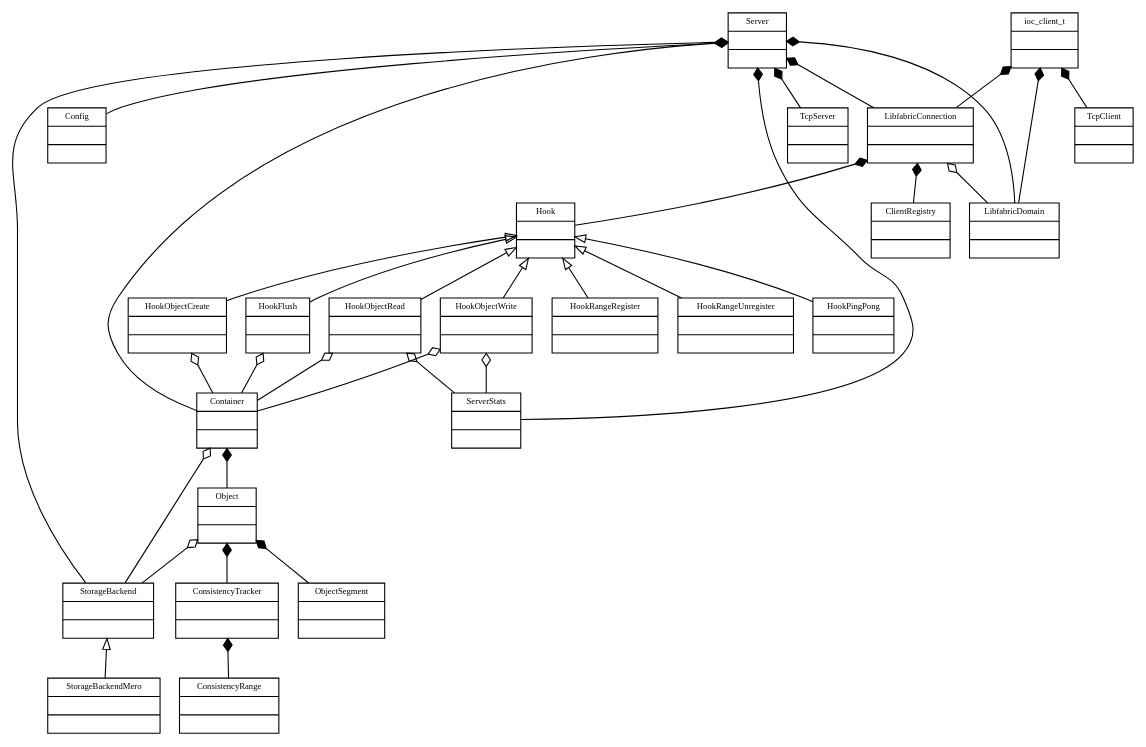
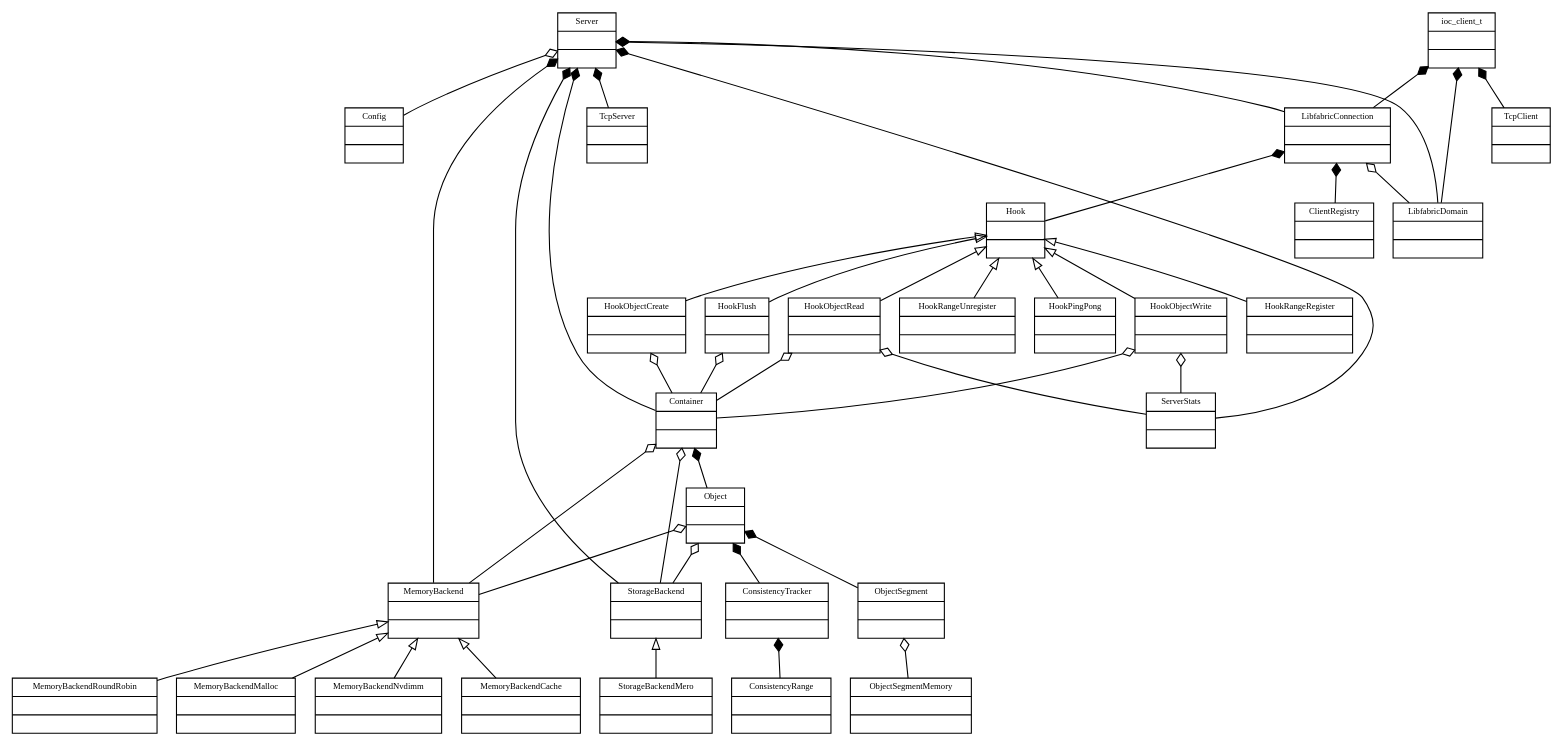
The diagram in doc/images/uml.dot (FR-GRE-BDS-HPC-SW-SAGE2-GMA/iocatcher), drawn with Graphviz before and after one commit.

Commit message:
[nvdimm] Update UML diagram

```diff
--- a/doc/images/uml.dot
+++ b/doc/images/uml.dot
@@ -1,153 +1,185 @@
 digraph IOCATCHER
 {
 	//Some fonts
 	fontname = "Bitstream Vera Sans"
 	fontsize = 8
 	
 	//configure node
 	node [
 		fontname = "Bitstream Vera Sans"
 		fontsize = 8
 		shape = "record"
 	]
 	
 	//configure edge
 	edge [
 		arrowtail = "empty"
 		dir=back
 	]
 	
 	//classes
 	Server [
 		label = "{Server|\l|\l}"
 	]
 
 	Container [
 		label = "{Container|\l|\l}"
 	]
 
 	Object [
 		label = "{Object|\l|\l}"
 	]
 
 	StorageBackend [
 		label = "{StorageBackend|\l|\l}"
 	]
 
 	StorageBackendMero [
 		label = "{StorageBackendMero|\l|\l}"
 	]
 
 	ConsistencyTracker [
 		label = "{ConsistencyTracker|\l|\l}"
 	]
 
 	Hook [
 		label = "{Hook|\l|\l}"
 	]
 
 	LibfabricConnection [
 		label = "{LibfabricConnection|\l|\l}"
 	]
 
 	LibfabricDomain [
 		label = "{LibfabricDomain|\l|\l}"
 	]
 
 	TcpServer [
 		label = "{TcpServer|\l|\l}"
 	]
 
 	TcpClient [
 		label = "{TcpClient|\l|\l}"
 	]
 
 	ioc_client_t [
 		label = "{ioc_client_t|\l|\l}"
 	]
 
 	ConsistencyRange [
 		label = "{ConsistencyRange|\l|\l}"
 	]
 
 	ObjectSegment [
 		label = "{ObjectSegment|\l|\l}"
 	]
 
 	Config [
 		label = "{Config|\l|\l}"
 	]
 
 	ClientRegistry [
 		label = "{ClientRegistry|\l|\l}"
 	]
 
 	HookObjectWrite [
 		label = "{HookObjectWrite|\l|\l}"
 	]
 
 	HookObjectRead [
 		label = "{HookObjectRead|\l|\l}"
 	]
 
 	HookObjectCreate [
 		label = "{HookObjectCreate|\l|\l}"
 	]
 
 	HookRangeRegister [
 		label = "{HookRangeRegister|\l|\l}"
 	]
 
 	HookRangeUnregister [
 		label = "{HookRangeUnregister|\l|\l}"
 	]
 
 	HookFlush [
 		label = "{HookFlush|\l|\l}"
 	]
 
 	HookPingPong [
 		label = "{HookPingPong|\l|\l}"
 	]
 
 	ServerStats [
 		label = "{ServerStats|\l|\l}"
 	]
 
+	MemoryBackend [
+		label = "{MemoryBackend|\l|\l}"
+	]
+
+	MemoryBackendMalloc [
+		label = "{MemoryBackendMalloc|\l|\l}"
+	]
+
+	MemoryBackendNvdimm [
+		label = "{MemoryBackendNvdimm|\l|\l}"
+	]
+
+	MemoryBackendCache [
+		label = "{MemoryBackendCache|\l|\l}"
+	]
+
+	MemoryBackendRoundRobin [
+		label = "{MemoryBackendRoundRobin|\l|\l}"
+	]
+
+	ObjectSegmentMemory [
+		label = "{ObjectSegmentMemory|\l|\l}"
+	]
+
 	//inheritance links
 	Hook -> HookFlush
 	Hook -> HookObjectCreate
 	Hook -> HookObjectRead
 	Hook -> HookObjectWrite
 	Hook -> HookRangeRegister
 	Hook -> HookRangeUnregister
 	Hook -> HookPingPong
 	StorageBackend -> StorageBackendMero
+	MemoryBackend -> MemoryBackendMalloc
+	MemoryBackend -> MemoryBackendNvdimm
+	MemoryBackend -> MemoryBackendCache
+	MemoryBackend -> MemoryBackendRoundRobin
 
 	//composition
 	Server -> Config[arrowtail=odiamond]
 	Server -> Container[arrowtail=diamond]
 	Server -> TcpServer[arrowtail=diamond]
 	Server -> LibfabricDomain[arrowtail=diamond]
 	Server -> LibfabricConnection[arrowtail=diamond]
 	Server -> ServerStats[arrowtail=diamond]
 	Server -> StorageBackend[arrowtail=diamond]
+	Server -> MemoryBackend[arrowtail=diamond]
 	LibfabricConnection -> ClientRegistry[arrowtail=diamond]
 	LibfabricConnection -> LibfabricDomain[arrowtail=odiamond]
 	LibfabricConnection -> Hook[arrowtail=diamond]
 	Container -> Object[arrowtail=diamond]
 	Container -> StorageBackend[arrowtail=odiamond]
+	Container -> MemoryBackend[arrowtail=odiamond]
 	Object -> ObjectSegment[arrowtail=diamond]
 	Object -> ConsistencyTracker[arrowtail=diamond]
 	Object -> StorageBackend[arrowtail=odiamond]
+	Object -> MemoryBackend[arrowtail=odiamond]
+	ObjectSegment -> ObjectSegmentMemory[arrowtail=odiamond]
 	ConsistencyTracker -> ConsistencyRange[arrowtail=diamond]
 	ioc_client_t -> TcpClient[arrowtail=diamond]
 	ioc_client_t -> LibfabricDomain[arrowtail=diamond]
 	ioc_client_t -> LibfabricConnection[arrowtail=diamond]
 	HookFlush -> Container[arrowtail=odiamond]
 	HookObjectCreate -> Container[arrowtail=odiamond]
 	HookObjectRead -> Container[arrowtail=odiamond]
 	HookObjectWrite -> Container[arrowtail=odiamond]
 	HookObjectRead -> ServerStats[arrowtail=odiamond]
 	HookObjectWrite -> ServerStats[arrowtail=odiamond]
 }
```
